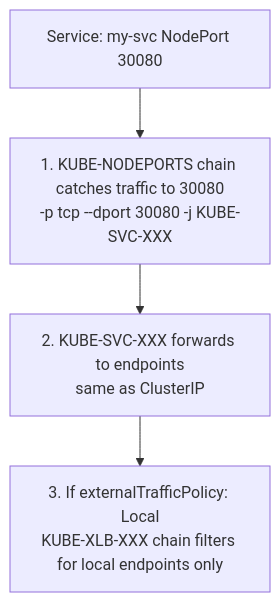
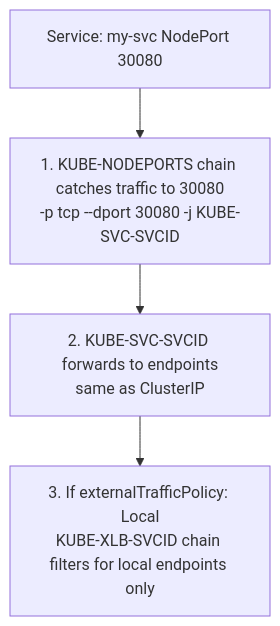
One commit to krisztiankoos/kubedojo changed the fourth of 5 diagrams in src/content/docs/linux/foundations/networking/module-3.4-iptables-netfilter.md. Above: the diagram before and after it, drawn with Mermaid. The commit also changed other lines of this file, not shown here.

````diff
--- a/src/content/docs/linux/foundations/networking/module-3.4-iptables-netfilter.md
+++ b/src/content/docs/linux/foundations/networking/module-3.4-iptables-netfilter.md
@@ -272,7 +280,7 @@
 ```mermaid
 flowchart TD
     Start[Service: my-svc NodePort 30080] --> Step1
-    Step1[1. KUBE-NODEPORTS chain catches traffic to 30080<br/>-p tcp --dport 30080 -j KUBE-SVC-XXX] --> Step2
-    Step2[2. KUBE-SVC-XXX forwards to endpoints<br/>same as ClusterIP] --> Step3
-    Step3[3. If externalTrafficPolicy: Local<br/>KUBE-XLB-XXX chain filters for local endpoints only]
+    Step1[1. KUBE-NODEPORTS chain catches traffic to 30080<br/>-p tcp --dport 30080 -j KUBE-SVC-SVCID] --> Step2
+    Step2[2. KUBE-SVC-SVCID forwards to endpoints<br/>same as ClusterIP] --> Step3
+    Step3[3. If externalTrafficPolicy: Local<br/>KUBE-XLB-SVCID chain filters for local endpoints only]
 ```
````
